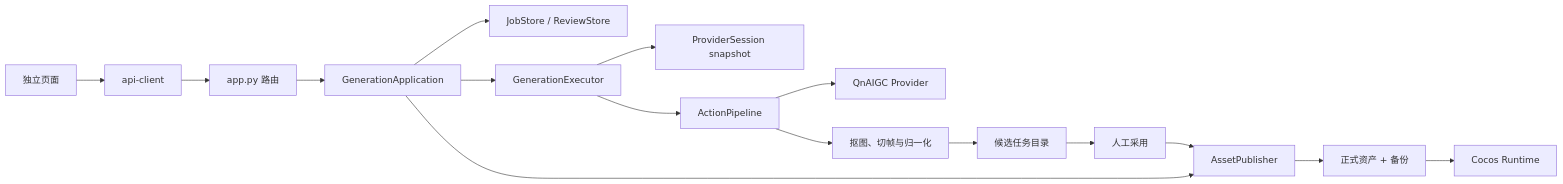
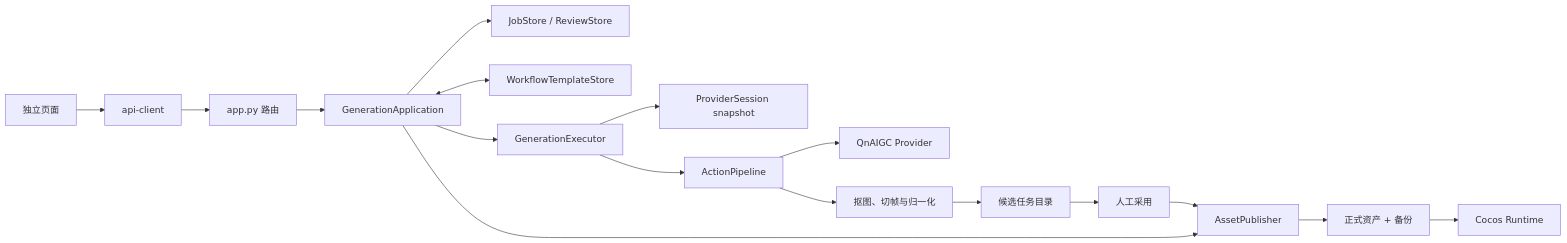
One commit to huyanxius/windup-asset-lab changed the diagram in docs/ARCHITECTURE.md. Above: the diagram before and after it, drawn with Mermaid. The commit also changed other lines of this file and 24 other files, not shown here.

````diff
--- a/docs/ARCHITECTURE.md
+++ b/docs/ARCHITECTURE.md
@@ -81,18 +82,19 @@
 ```mermaid
 flowchart LR
   UI["独立页面"] --> API["api-client"]
   API --> HTTP["app.py 路由"]
   HTTP --> App["GenerationApplication"]
   App --> Store["JobStore / ReviewStore"]
+  App <--> Workflow["WorkflowTemplateStore"]
   App --> Executor["GenerationExecutor"]
   App --> Publisher["AssetPublisher"]
   Executor --> Session["ProviderSession snapshot"]
   Executor --> Pipeline["ActionPipeline"]
   Pipeline --> Provider["QnAIGC Provider"]
   Pipeline --> Process["抠图、切帧与归一化"]
   Process --> Candidate["候选任务目录"]
   Candidate --> Review["人工采用"]
   Review --> Publisher
   Publisher --> Assets["正式资产 + 备份"]
   Assets --> Cocos["Cocos Runtime"]
 ```
````
